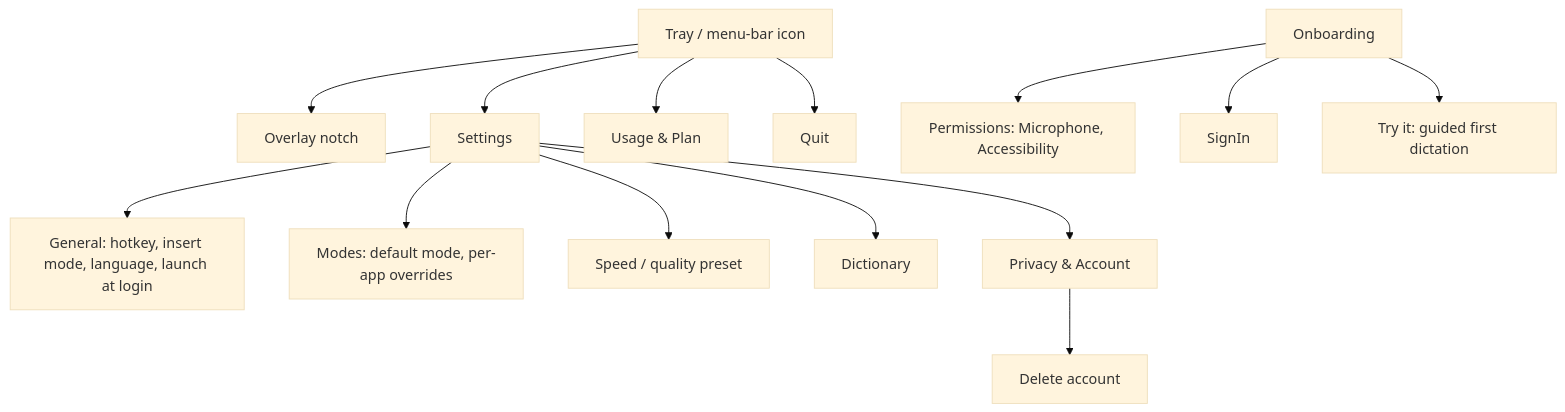
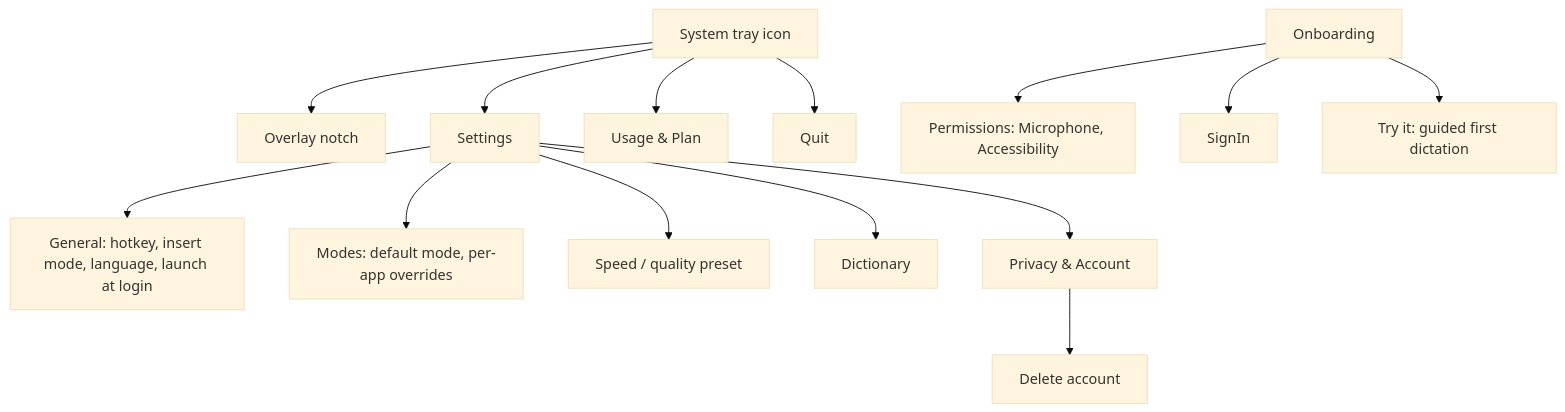
Before and after one commit to nandhinibabu211-ops/Sayvox: the first of 2 diagrams in docs/front-end-spec.md, drawn with Mermaid (base theme). The commit also changed other lines of this file and 32 other files, not shown here.

````diff
--- a/docs/front-end-spec.md
+++ b/docs/front-end-spec.md
@@ -26,16 +26,16 @@
 ```mermaid
 graph TD
-  Tray[Tray / menu-bar icon] --> Overlay[Overlay notch]
+  Tray[System tray icon] --> Overlay[Overlay notch]
   Tray --> Settings
   Tray --> Usage[Usage & Plan]
   Tray --> Quit
   Settings --> General[General: hotkey, insert mode, language, launch at login]
   Settings --> Modes[Modes: default mode, per-app overrides]
   Settings --> Preset[Speed / quality preset]
   Settings --> Dictionary
   Settings --> Privacy[Privacy & Account]
   Privacy --> Delete[Delete account]
   Onboarding --> Perms[Permissions: Microphone, Accessibility]
   Onboarding --> SignIn
   Onboarding --> Try[Try it: guided first dictation]
 ```
````
